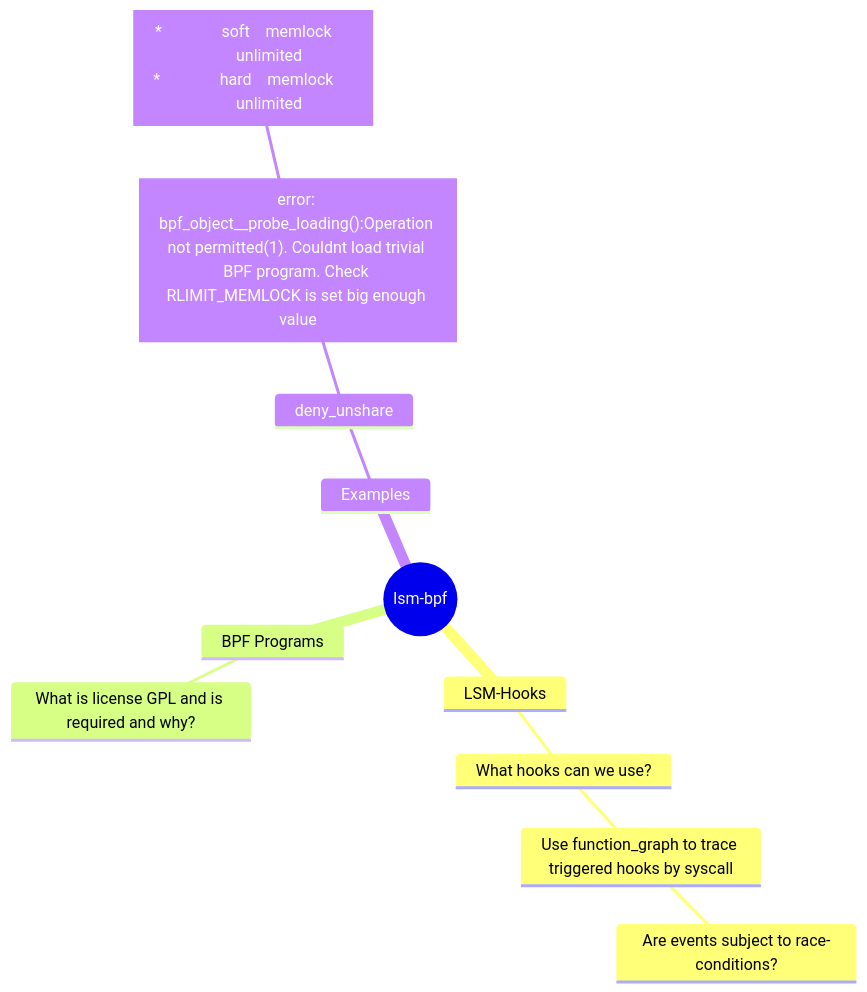
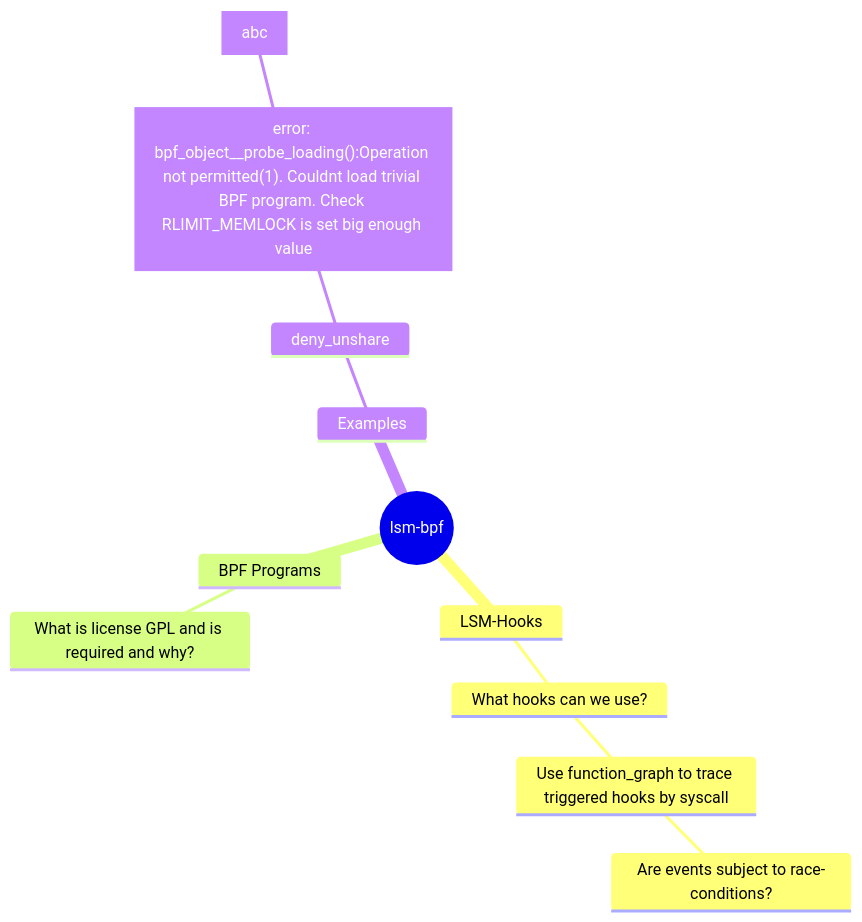
Before and after one commit to Turbodunker/lsm-bpf: the diagram in Questions:.md, drawn with Mermaid.

Commit message:
Updated Questions: (markdown)

````diff
--- a/Questions:.md
+++ b/Questions:.md
@@ -6,16 +6,15 @@
 ``` mermaid
     mindmap
         root((lsm-bpf))
             LSM-Hooks
                 What hooks can we use?
                     Use function_graph to trace triggered hooks by syscall
                         Are events subject to race-conditions?
             BPF Programs
                 What is license GPL and is required and why?
             Examples
                 deny_unshare
                     id1["error: bpf_object__probe_loading():Operation not permitted(1). Couldnt load trivial BPF program. Check RLIMIT_MEMLOCK is set big enough value"]
-                        attempt1:["*               soft    memlock             unlimited
-*               hard    memlock             unlimited"]
+                        attempt1:["abc"]
 
 ```
````
